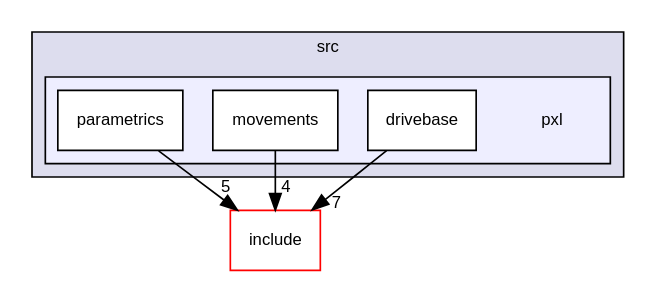
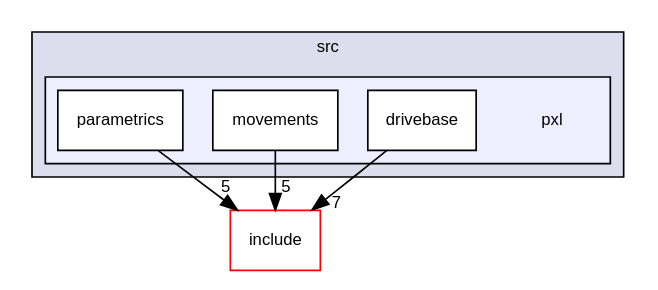
Before and after one commit to Pixel-Lib/Pixel: the diagram in dir_87a857eff530ad659c1a04633acb58d5_dep.dot, drawn with Graphviz. The commit also changed 11 other files, not shown here.

```diff
--- a/dir_87a857eff530ad659c1a04633acb58d5_dep.dot
+++ b/dir_87a857eff530ad659c1a04633acb58d5_dep.dot
@@ -1,19 +1,19 @@
 digraph "src/pxl" {
   compound=true
   node [ fontsize="10", fontname="Helvetica"];
   edge [ labelfontsize="10", labelfontname="Helvetica"];
   subgraph clusterdir_68267d1309a1af8e8297ef4c3efbcdba {
     graph [ bgcolor="#ddddee", pencolor="black", label="src" fontname="Helvetica", fontsize="10", URL="dir_68267d1309a1af8e8297ef4c3efbcdba.html"]
   subgraph clusterdir_87a857eff530ad659c1a04633acb58d5 {
     graph [ bgcolor="#eeeeff", pencolor="black", label="" URL="dir_87a857eff530ad659c1a04633acb58d5.html"];
     dir_87a857eff530ad659c1a04633acb58d5 [shape=plaintext label="pxl"];
   dir_e919bc17ba6dd875156a1492c2b92224 [shape=box label="drivebase" fillcolor="white" style="filled" URL="dir_e919bc17ba6dd875156a1492c2b92224.html"];
   dir_da6b542a4b13fc055b1c444658d69961 [shape=box label="movements" fillcolor="white" style="filled" URL="dir_da6b542a4b13fc055b1c444658d69961.html"];
   dir_5268b233717f10508878cca84d25b979 [shape=box label="parametrics" fillcolor="white" style="filled" URL="dir_5268b233717f10508878cca84d25b979.html"];
   }
   }
   dir_d44c64559bbebec7f509842c48db8b23 [shape=box label="include" fillcolor="white" style="filled" color="red" URL="dir_d44c64559bbebec7f509842c48db8b23.html"];
-  dir_da6b542a4b13fc055b1c444658d69961->dir_d44c64559bbebec7f509842c48db8b23 [headlabel="4", labeldistance=1.5 headhref="dir_000008_000000.html"];
+  dir_da6b542a4b13fc055b1c444658d69961->dir_d44c64559bbebec7f509842c48db8b23 [headlabel="5", labeldistance=1.5 headhref="dir_000008_000000.html"];
   dir_5268b233717f10508878cca84d25b979->dir_d44c64559bbebec7f509842c48db8b23 [headlabel="5", labeldistance=1.5 headhref="dir_000009_000000.html"];
   dir_e919bc17ba6dd875156a1492c2b92224->dir_d44c64559bbebec7f509842c48db8b23 [headlabel="7", labeldistance=1.5 headhref="dir_000007_000000.html"];
 }
```
